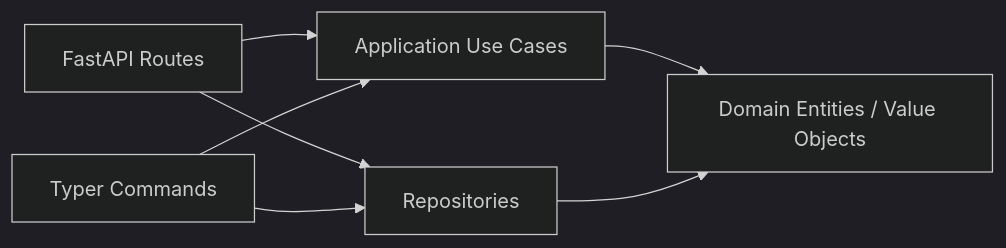
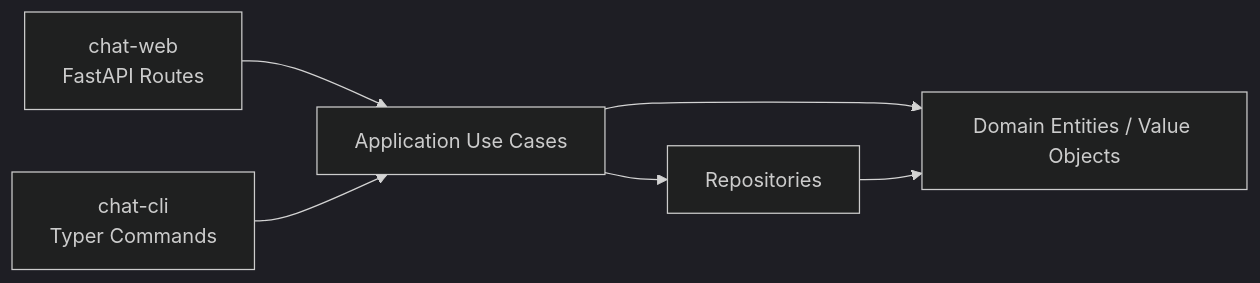
One commit to ks6088ts-labs/concierge changed the first of 2 diagrams in docs/chat/index.md. Above: the diagram before and after it, drawn with Mermaid (dark theme). The commit also changed other lines of this file and 21 other files, not shown here.

````diff
--- a/docs/chat/index.md
+++ b/docs/chat/index.md
@@ -13,9 +20,8 @@
 ```mermaid
 flowchart LR
-    Web[FastAPI Routes] --> App[Application Use Cases]
-    CLI[Typer Commands] --> App
+    Web[chat-web<br/>FastAPI Routes] --> App[Application Use Cases]
+    CLI[chat-cli<br/>Typer Commands] --> App
     App --> Domain[Domain Entities / Value Objects]
-    Web --> Repo[Repositories]
-    CLI --> Repo
+    App --> Repo[Repositories]
     Repo --> Domain
 ```
````
